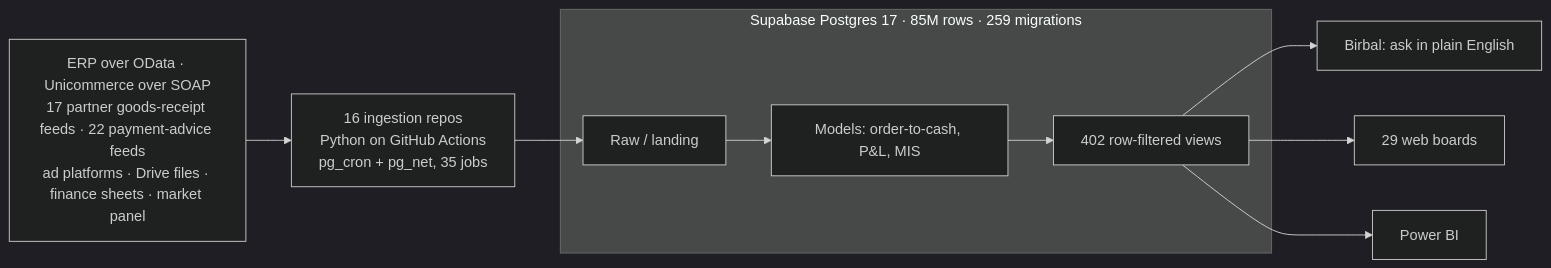
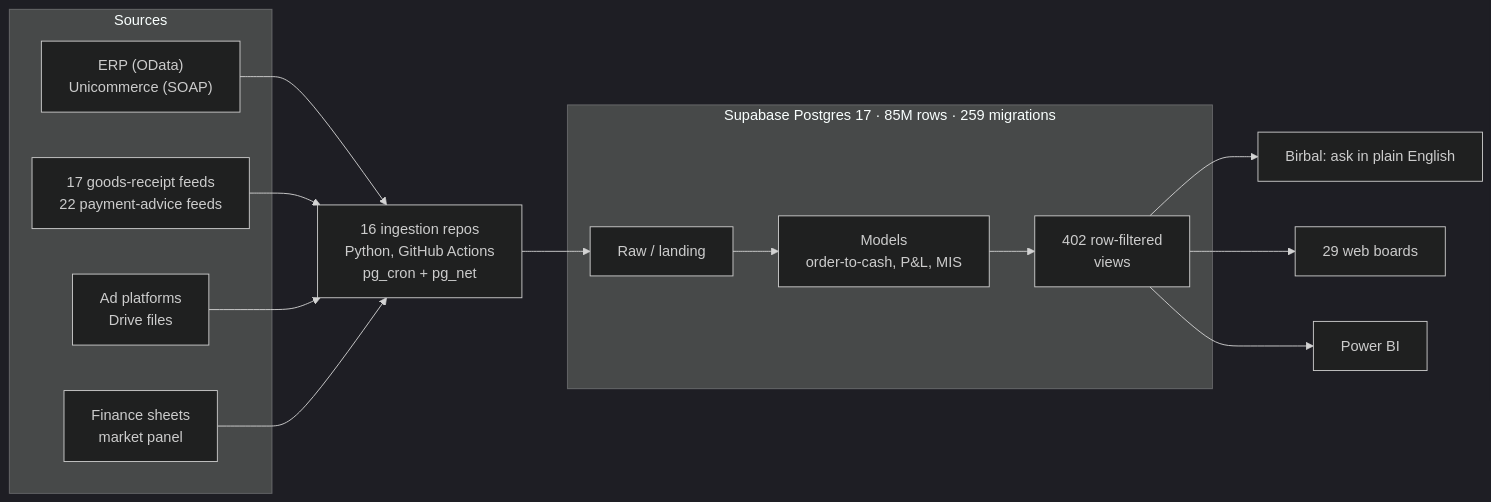
The diagram in README.md (illusionist-creator/illusionist-creator), drawn with Mermaid (dark theme) before and after one commit.

Commit message:
Profile diagram: one node per source group

````diff
--- a/README.md
+++ b/README.md
@@ -12,12 +12,21 @@
 ```mermaid
 flowchart LR
-  SRC["ERP over OData · Unicommerce over SOAP<br/>17 partner goods-receipt feeds · 22 payment-advice feeds<br/>ad platforms · Drive files · finance sheets · market panel"]
-  LOAD["16 ingestion repos<br/>Python on GitHub Actions<br/>pg_cron + pg_net, 35 jobs"]
+  subgraph SRC["Sources"]
+    ERP["ERP (OData)<br/>Unicommerce (SOAP)"]
+    GRN["17 goods-receipt feeds<br/>22 payment-advice feeds"]
+    ADS["Ad platforms<br/>Drive files"]
+    FIN["Finance sheets<br/>market panel"]
+  end
+  LOAD["16 ingestion repos<br/>Python, GitHub Actions<br/>pg_cron + pg_net"]
   subgraph PG["Supabase Postgres 17 · 85M rows · 259 migrations"]
-    RAW["Raw / landing"] --> MOD["Models: order-to-cash, P&L, MIS"] --> VIEWS["402 row-filtered views"]
+    RAW["Raw / landing"] --> MOD["Models<br/>order-to-cash, P&L, MIS"] --> VIEWS["402 row-filtered<br/>views"]
   end
-  SRC --> LOAD --> RAW
+  ERP --> LOAD
+  GRN --> LOAD
+  ADS --> LOAD
+  FIN --> LOAD
+  LOAD --> RAW
   VIEWS --> ASK["Birbal: ask in plain English"]
   VIEWS --> BOARDS["29 web boards"]
   VIEWS --> PBI["Power BI"]
 ```
````
